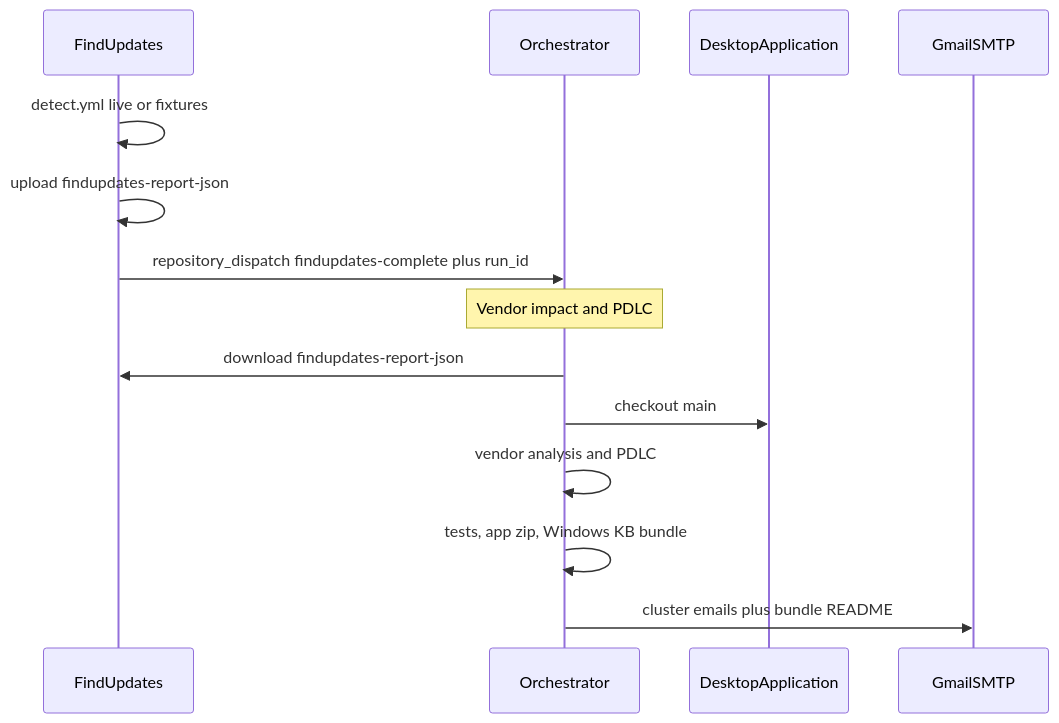
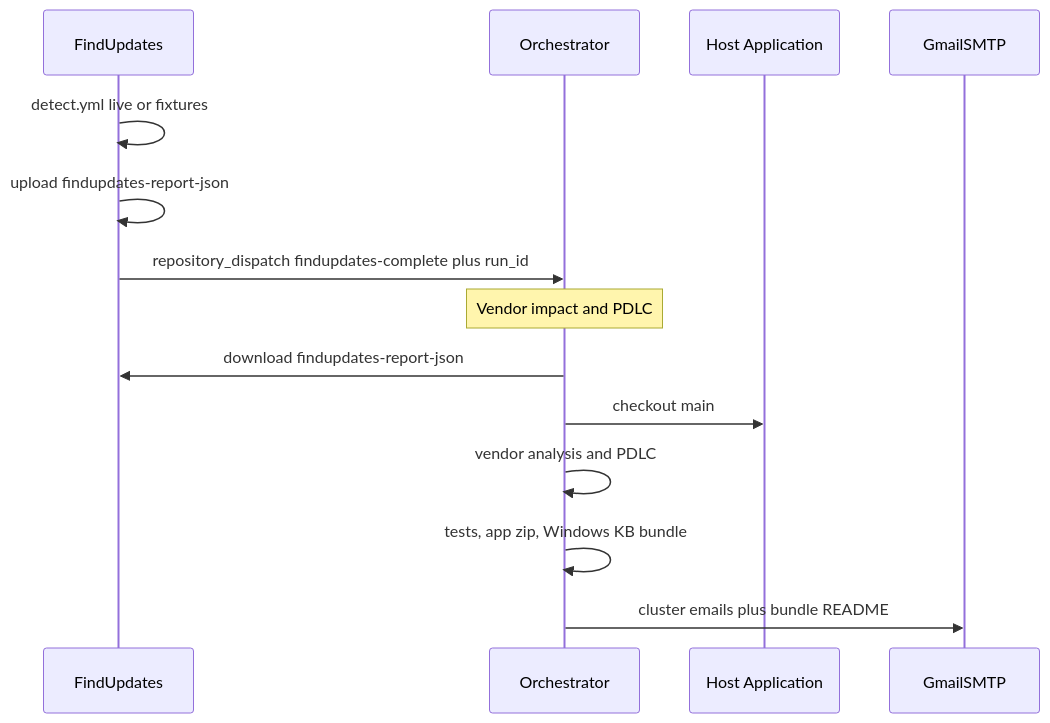
One commit to defrances/Orchestrator changed the diagram in README.md. Above: the diagram before and after it, drawn with Mermaid. The commit also changed other lines of this file and 12 other files, not shown here.

Commit message:
Show Host Application as the product name on Pages, email, and docs.

````diff
--- a/README.md
+++ b/README.md
@@ -18,16 +18,16 @@
 ```mermaid
 sequenceDiagram
   participant FU as FindUpdates
   participant Orch as Orchestrator
-  participant DA as DesktopApplication
+  participant HA as Host Application
   participant Mail as GmailSMTP
   FU->>FU: detect.yml live or fixtures
   FU->>FU: upload findupdates-report-json
   FU->>Orch: repository_dispatch findupdates-complete plus run_id
   Note over Orch: Vendor impact and PDLC
   Orch->>FU: download findupdates-report-json
-  Orch->>DA: checkout main
+  Orch->>HA: checkout main
   Orch->>Orch: vendor analysis and PDLC
   Orch->>Orch: tests, app zip, Windows KB bundle
   Orch->>Mail: cluster emails plus bundle README
 ```
````
